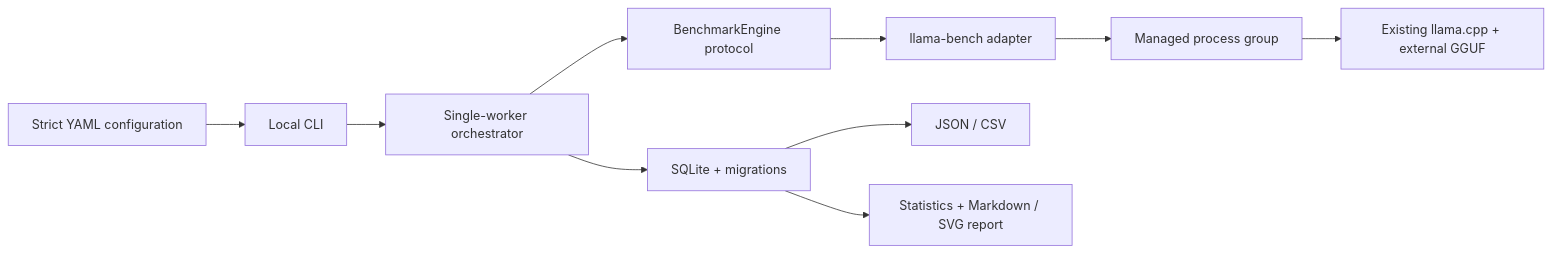
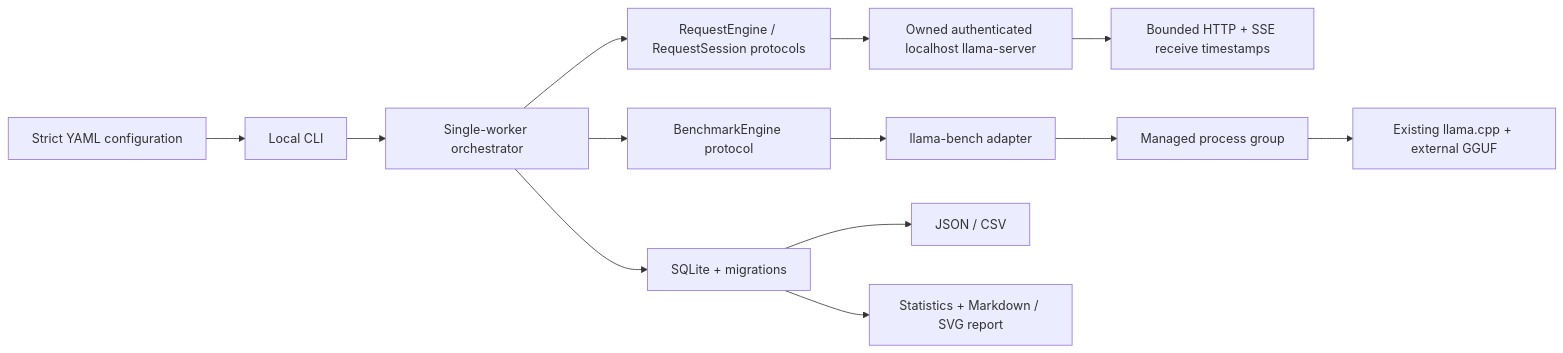
The diagram in docs/architecture.md (ycai06/llm-inference-lab), drawn with Mermaid before and after one commit. The commit also changed other lines of this file and 40 other files, not shown here.

First line of the commit message:
Add managed server benchmarks with tokenizer-validated request timing

````diff
--- a/docs/architecture.md
+++ b/docs/architecture.md
@@ -3,12 +3,15 @@
 ```mermaid
 flowchart LR
     YAML[Strict YAML configuration] --> CLI[Local CLI]
     CLI --> Runner[Single-worker orchestrator]
     Runner --> Interface[BenchmarkEngine protocol]
     Interface --> Adapter[llama-bench adapter]
+    Runner --> Requests[RequestEngine / RequestSession protocols]
+    Requests --> Server[Owned authenticated localhost llama-server]
+    Server --> HTTP[Bounded HTTP + SSE receive timestamps]
     Adapter --> Supervisor[Managed process group]
     Supervisor --> Engine[Existing llama.cpp + external GGUF]
     Runner --> Store[SQLite + migrations]
     Store --> Export[JSON / CSV]
     Store --> Analysis[Statistics + Markdown / SVG report]
 ```
````
